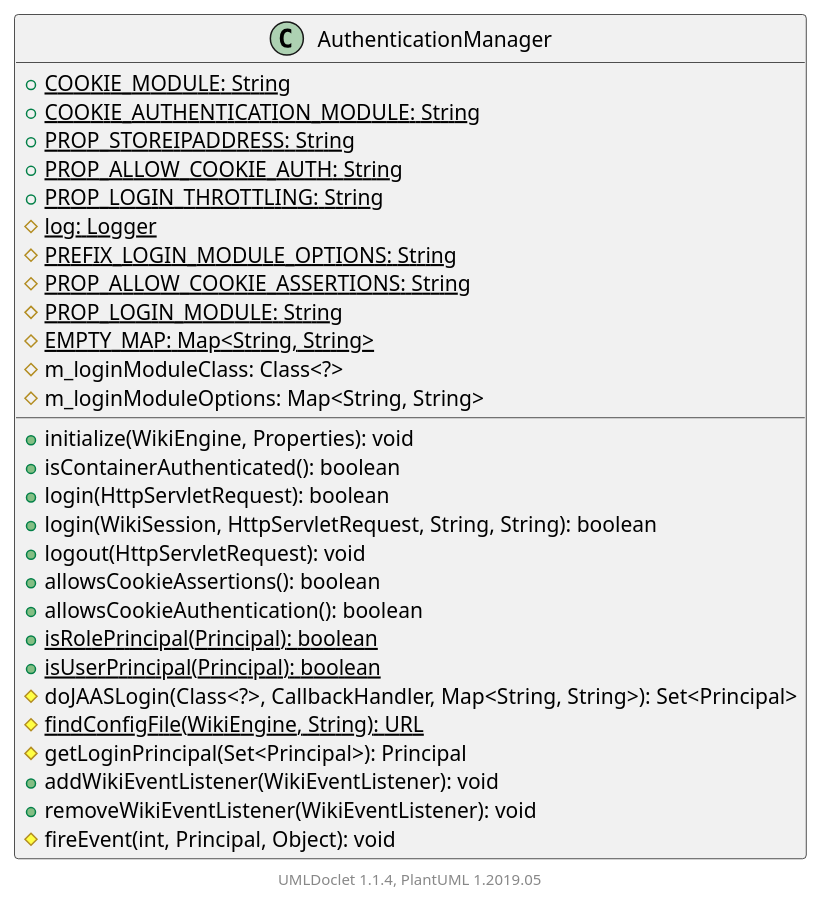
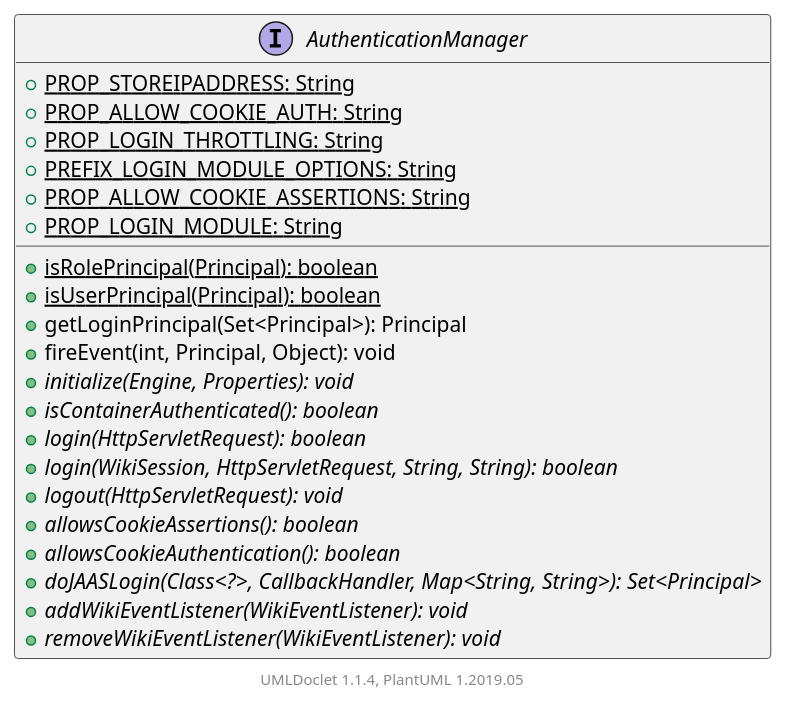
The diagram in apidocs/2.11.0.M7-SNAPSHOT/org/apache/wiki/auth/AuthenticationManager.puml (apache/jspwiki-site), drawn with PlantUML before and after one commit. The commit also changed 1463 other files, not shown here.

```diff
--- a/apidocs/2.11.0.M7-SNAPSHOT/org/apache/wiki/auth/AuthenticationManager.puml
+++ b/apidocs/2.11.0.M7-SNAPSHOT/org/apache/wiki/auth/AuthenticationManager.puml
@@ -1,35 +1,28 @@
 @startuml
 
-    class AuthenticationManager [[AuthenticationManager.html]] {
-        {static} +COOKIE_MODULE: String
-        {static} +COOKIE_AUTHENTICATION_MODULE: String
+    interface AuthenticationManager [[AuthenticationManager.html]] {
         {static} +PROP_STOREIPADDRESS: String
         {static} +PROP_ALLOW_COOKIE_AUTH: String
         {static} +PROP_LOGIN_THROTTLING: String
-        {static} #log: Logger
-        {static} #PREFIX_LOGIN_MODULE_OPTIONS: String
-        {static} #PROP_ALLOW_COOKIE_ASSERTIONS: String
-        {static} #PROP_LOGIN_MODULE: String
-        {static} #EMPTY_MAP: Map<String, String>
-        #m_loginModuleClass: Class<?>
-        #m_loginModuleOptions: Map<String, String>
-        +initialize(WikiEngine, Properties): void
-        +isContainerAuthenticated(): boolean
-        +login(HttpServletRequest): boolean
-        +login(WikiSession, HttpServletRequest, String, String): boolean
-        +logout(HttpServletRequest): void
-        +allowsCookieAssertions(): boolean
-        +allowsCookieAuthentication(): boolean
+        {static} +PREFIX_LOGIN_MODULE_OPTIONS: String
+        {static} +PROP_ALLOW_COOKIE_ASSERTIONS: String
+        {static} +PROP_LOGIN_MODULE: String
         {static} +isRolePrincipal(Principal): boolean
         {static} +isUserPrincipal(Principal): boolean
-        #doJAASLogin(Class<?>, CallbackHandler, Map<String, String>): Set<Principal>
-        {static} #findConfigFile(WikiEngine, String): URL
-        #getLoginPrincipal(Set<Principal>): Principal
-        +addWikiEventListener(WikiEventListener): void
-        +removeWikiEventListener(WikiEventListener): void
-        #fireEvent(int, Principal, Object): void
+        +getLoginPrincipal(Set<Principal>): Principal
+        +fireEvent(int, Principal, Object): void
+        {abstract} +initialize(Engine, Properties): void
+        {abstract} +isContainerAuthenticated(): boolean
+        {abstract} +login(HttpServletRequest): boolean
+        {abstract} +login(WikiSession, HttpServletRequest, String, String): boolean
+        {abstract} +logout(HttpServletRequest): void
+        {abstract} +allowsCookieAssertions(): boolean
+        {abstract} +allowsCookieAuthentication(): boolean
+        {abstract} +doJAASLogin(Class<?>, CallbackHandler, Map<String, String>): Set<Principal>
+        {abstract} +addWikiEventListener(WikiEventListener): void
+        {abstract} +removeWikiEventListener(WikiEventListener): void
     }
 
 
     center footer UMLDoclet 1.1.4, PlantUML 1.2019.05
 @enduml
```
